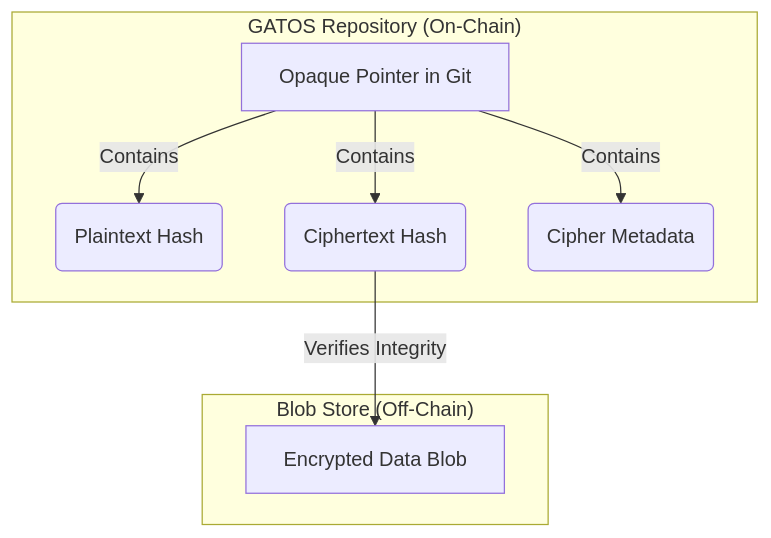
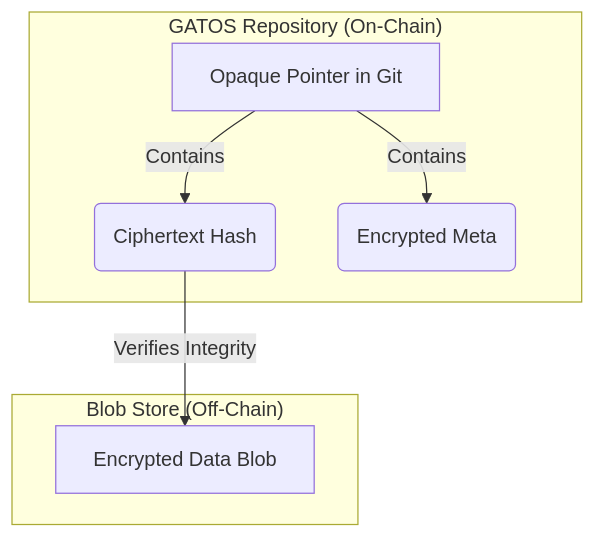
Before and after one commit to flyingrobots/gatos: the diagram in docs/guide/CHAPTER-010.md, drawn with Mermaid. The commit also changed other lines of this file and 12 other files, not shown here.

````diff
--- a/docs/guide/CHAPTER-010.md
+++ b/docs/guide/CHAPTER-010.md
@@ -36,15 +53,14 @@
 ```mermaid
 graph TD
     subgraph "GATOS Repository (On-Chain)"
         A[Opaque Pointer in Git]
-        A -- Contains --> B(Plaintext Hash);
         A -- Contains --> C(Ciphertext Hash);
-        A -- Contains --> D(Cipher Metadata);
+        A -- Contains --> D(Encrypted Meta);
     end
 
     subgraph "Blob Store (Off-Chain)"
         E[Encrypted Data Blob]
     end
 
     C -- Verifies Integrity --> E;
 ```
````
